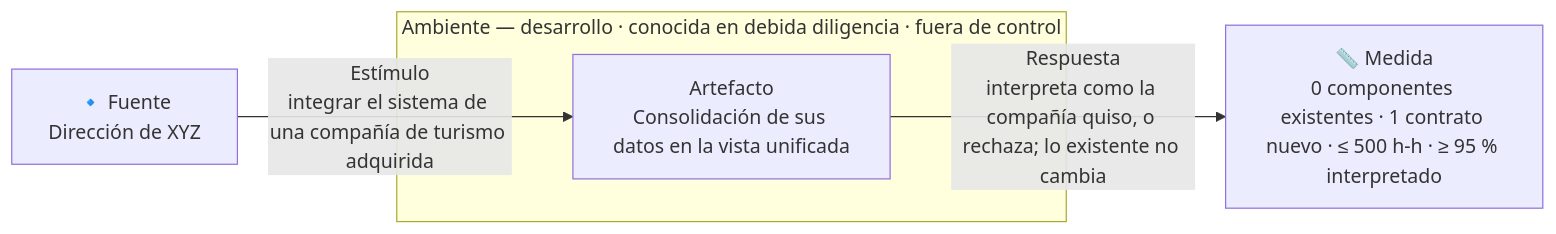
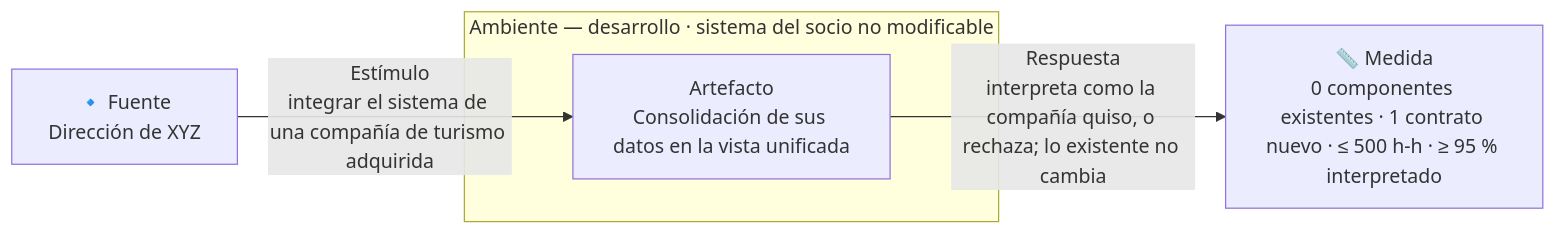
One commit to MATI-MBIT/arqsoft-reto-3 changed the first of 4 diagrams in docs/quality-attributes.md. Above: the diagram before and after it, drawn with Mermaid. The commit also changed other lines of this file and 6 other files, not shown here.

````diff
--- a/docs/quality-attributes.md
+++ b/docs/quality-attributes.md
@@ -208,9 +69,9 @@
 ```mermaid
 flowchart LR
     F["🔹 Fuente<br/>Dirección de XYZ"]
     F -- "Estímulo<br/>integrar el sistema de una compañía de turismo adquirida" --> A
-    subgraph AMB["Ambiente — desarrollo · conocida en debida diligencia · fuera de control"]
+    subgraph AMB["Ambiente — desarrollo · sistema del socio no modificable"]
         A["Artefacto<br/>Consolidación de sus datos en la vista unificada"]
     end
     A -- "Respuesta<br/>interpreta como la compañía quiso, o rechaza; lo existente no cambia" --> M["📏 Medida<br/>0 componentes existentes · 1 contrato nuevo · ≤ 500 h-h · ≥ 95 % interpretado"]
 ```
````
